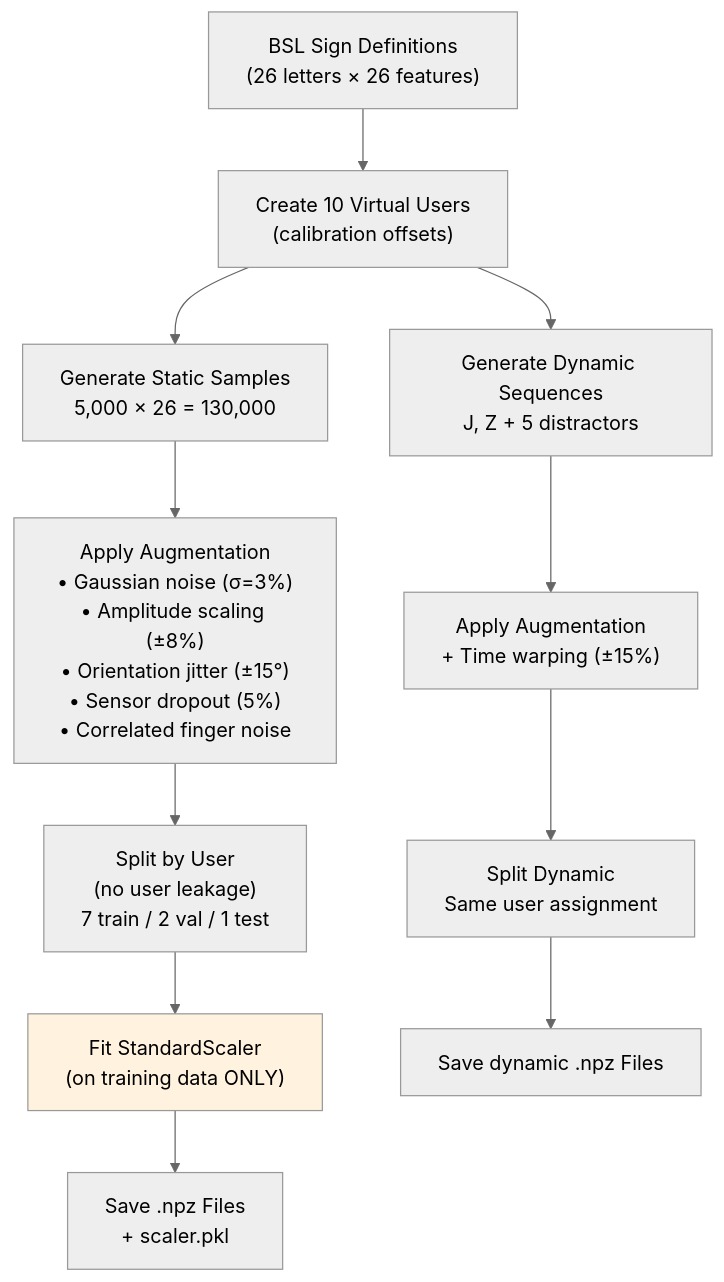
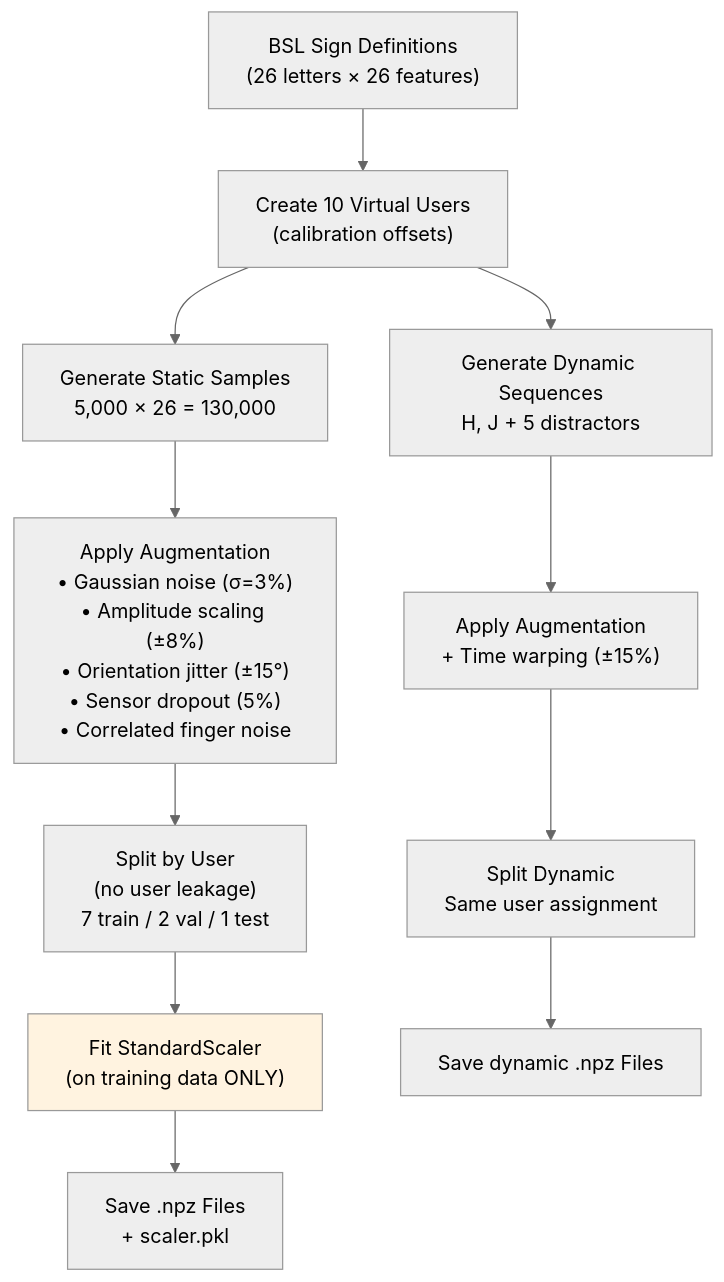
One commit to Ravinx001/British-Sign-Language-to-TTS-Gloves changed the third of 5 diagrams in docs/guide-train-from-scratch.md. Above: the diagram before and after it, drawn with Mermaid (neutral theme). The commit also changed other lines of this file and 9 other files, not shown here.

````diff
--- a/docs/guide-train-from-scratch.md
+++ b/docs/guide-train-from-scratch.md
@@ -205,19 +205,19 @@
 ```mermaid
 flowchart TD
     BSL["BSL Sign Definitions<br/>(26 letters × 26 features)"] --> VU["Create 10 Virtual Users<br/>(calibration offsets)"]
     VU --> Static["Generate Static Samples<br/>5,000 × 26 = 130,000"]
-    VU --> Dynamic["Generate Dynamic Sequences<br/>J, Z + 5 distractors"]
+    VU --> Dynamic["Generate Dynamic Sequences<br/>H, J + 5 distractors"]
 
     Static --> Aug["Apply Augmentation<br/>• Gaussian noise (σ=3%)<br/>• Amplitude scaling (±8%)<br/>• Orientation jitter (±15°)<br/>• Sensor dropout (5%)<br/>• Correlated finger noise"]
 
     Dynamic --> AugD["Apply Augmentation<br/>+ Time warping (±15%)"]
 
     Aug --> Split["Split by User<br/>(no user leakage)<br/>7 train / 2 val / 1 test"]
     AugD --> SplitD["Split Dynamic<br/>Same user assignment"]
 
     Split --> Scale["Fit StandardScaler<br/>(on training data ONLY)"]
     Scale --> Save["Save .npz Files<br/>+ scaler.pkl"]
     SplitD --> SaveD["Save dynamic .npz Files"]
 
     style Scale fill:#fff3e0
 ```
````
